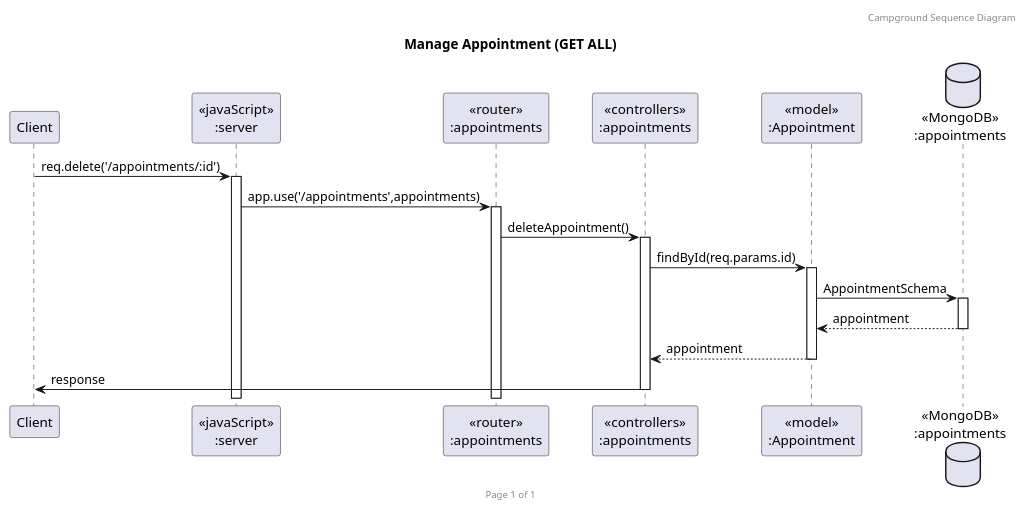
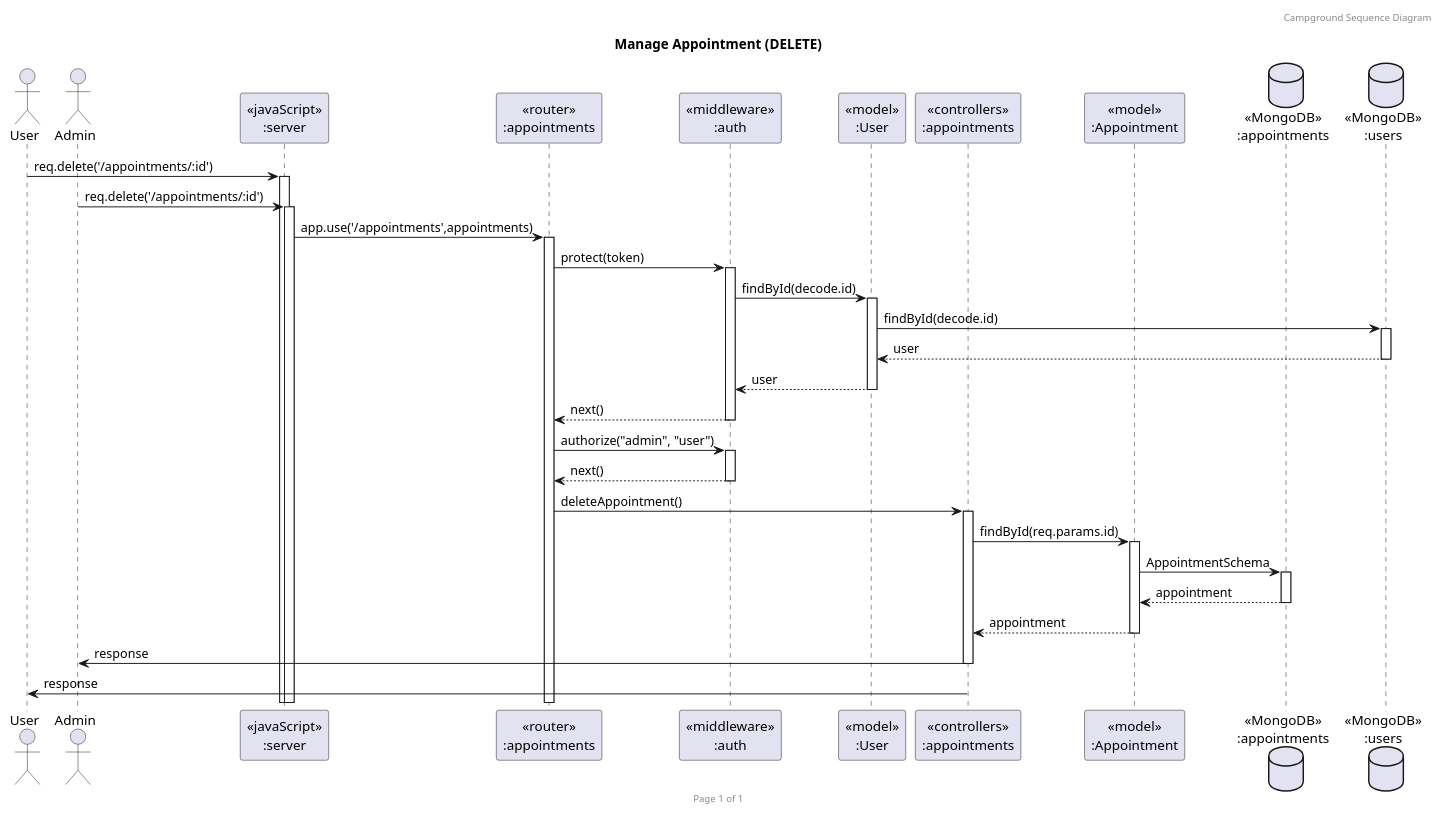
One commit to FaiiFaiipuipui/CEDT_Y1T2_backend-campgroundbooking changed the diagram in diagram/Sequence diagram/Appointment/Appointment_DELETE.puml. Above: the diagram before and after it, drawn with PlantUML. The commit also changed 4 other files, not shown here.

Commit message:
Update Appointment Sequence Diagram

```diff
--- a/diagram/Sequence diagram/Appointment/Appointment_DELETE.puml
+++ b/diagram/Sequence diagram/Appointment/Appointment_DELETE.puml
@@ -1,23 +1,37 @@
-@startuml Manage Appointment (GET ALL)
+@startuml Manage Appointment (DELETE)
 
 header Campground Sequence Diagram
 footer Page %page% of %lastpage%
-title "Manage Appointment (GET ALL)"
+title "Manage Appointment (DELETE)"
 
-participant "Client" as client
+actor "User" as user
+actor "Admin" as admin
 participant "<<javaScript>>\n:server" as server
 participant "<<router>>\n:appointments" as routerAppointments
+participant "<<middleware>>\n:auth" as middlewareAuth
+participant "<<model>>\n:User" as modelUser
 participant "<<controllers>>\n:appointments" as controllersAppointments
 participant "<<model>>\n:Appointment" as modelAppointment
 database "<<MongoDB>>\n:appointments" as CampgroundsDatabase
+database "<<MongoDB>>\n:users" as UsersDatabase
 
-client->server ++:req.delete('/appointments/:id')
+user->server ++:req.delete('/appointments/:id')
+admin->server ++:req.delete('/appointments/:id')
 server->routerAppointments ++:app.use('/appointments',appointments)
+routerAppointments -> middlewareAuth ++:protect(token)
+middlewareAuth -> modelUser ++:findById(decode.id)
+modelUser -> UsersDatabase ++:findById(decode.id)
+UsersDatabase --> modelUser --:user
+modelUser --> middlewareAuth --:user
+middlewareAuth --> routerAppointments --:next()
+routerAppointments -> middlewareAuth ++:authorize("admin", "user")
+middlewareAuth --> routerAppointments --:next()
 routerAppointments -> controllersAppointments ++:deleteAppointment()
 controllersAppointments->modelAppointment ++:findById(req.params.id)
 modelAppointment ->CampgroundsDatabase ++:AppointmentSchema
 CampgroundsDatabase --> modelAppointment --:appointment
 controllersAppointments <-- modelAppointment --:appointment
-controllersAppointments->client --:response
+controllersAppointments->admin --:response
+controllersAppointments->user--:response
 
 @enduml
```
